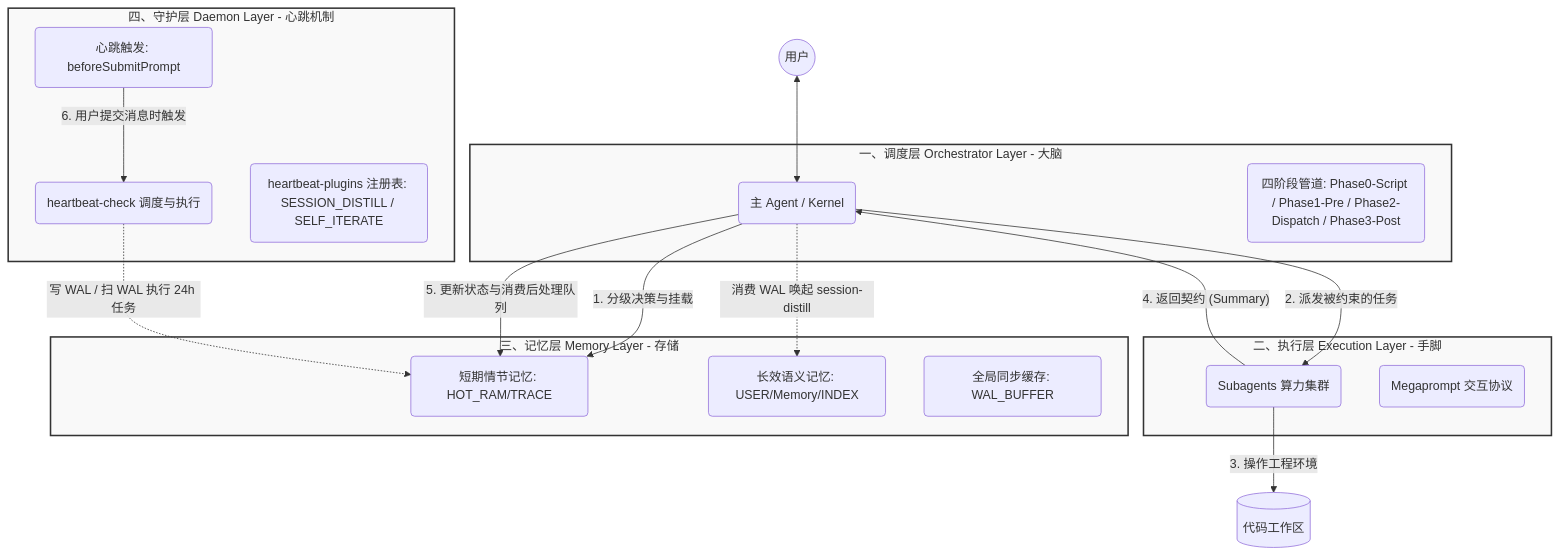
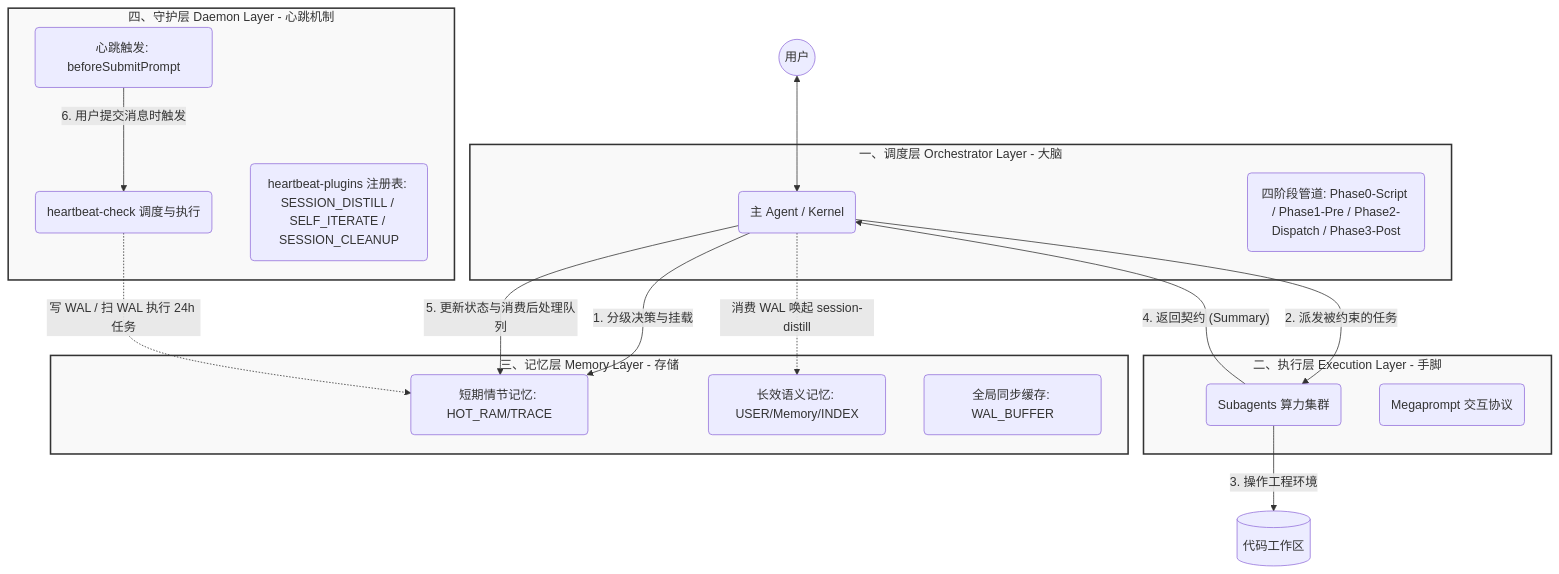
One commit to tower1229/LingXi changed the diagram in .cursor/skills/about-lingxi/references/architecture.md. Above: the diagram before and after it, drawn with Mermaid. The commit also changed other lines of this file and 5 other files, not shown here.

````diff
--- a/.cursor/skills/about-lingxi/references/architecture.md
+++ b/.cursor/skills/about-lingxi/references/architecture.md
@@ -13,40 +13,40 @@
 ```mermaid
 graph TD
     classDef layer fill:#f9f9f9,stroke:#333,stroke-width:2px;
 
     User((用户))
 
     subgraph 调度层 [一、调度层 Orchestrator Layer - 大脑]
         MainAgent(主 Agent / Kernel)
         Pipeline(四阶段管道: Phase0-Script / Phase1-Pre / Phase2-Dispatch / Phase3-Post)
     end
 
     subgraph 执行层 [二、执行层 Execution Layer - 手脚]
         Subagents(Subagents 算力集群)
         Protocol(Megaprompt 交互协议)
     end
 
     subgraph 记忆层 [三、记忆层 Memory Layer - 存储]
         StateFile(短期情节记忆: HOT_RAM/TRACE)
         Knowledge(长效语义记忆: USER/Memory/INDEX)
         GlobalSync(全局同步缓存: WAL_BUFFER)
     end
 
     subgraph 守护层 [四、守护层 Daemon Layer - 心跳机制]
         Hooks(心跳触发: beforeSubmitPrompt)
         Watchdog(heartbeat-check 调度与执行)
-        Plugins(heartbeat-plugins 注册表: SESSION_DISTILL / SELF_ITERATE)
+        Plugins(heartbeat-plugins 注册表: SESSION_DISTILL / SELF_ITERATE / SESSION_CLEANUP)
     end
 
     User <--> MainAgent
     MainAgent -- 1. 分级决策与挂载 --> StateFile
     MainAgent -- 2. 派发被约束的任务 --> Subagents
     Subagents -- 3. 操作工程环境 --> Workspace[(代码工作区)]
     Subagents -- 4. 返回契约 (Summary) --> MainAgent
     MainAgent -- 5. 更新状态与消费后处理队列 --> StateFile
     Hooks -- 6. 用户提交消息时触发 --> Watchdog
     Watchdog -. 写 WAL / 扫 WAL 执行 24h 任务 .-> StateFile
     MainAgent -. 消费 WAL 唤起 session-distill .-> Knowledge
 
     class 调度层,执行层,记忆层,守护层 layer;
 ```
````
